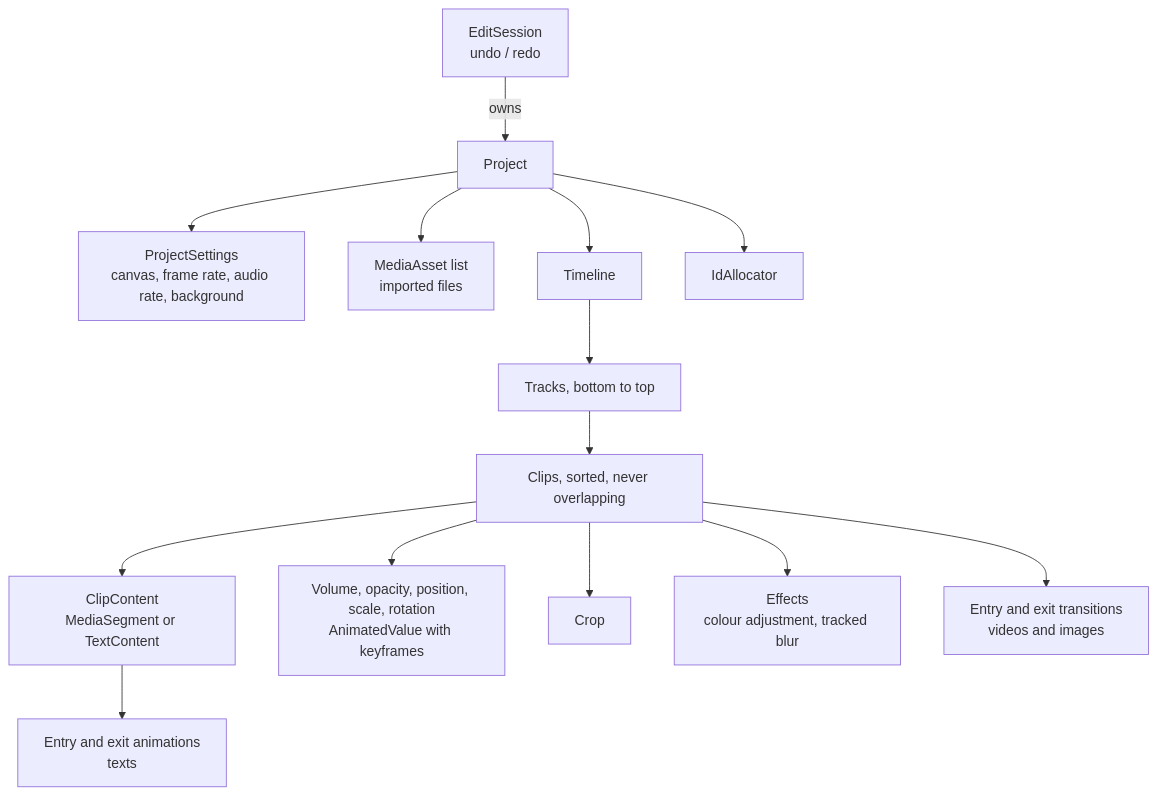
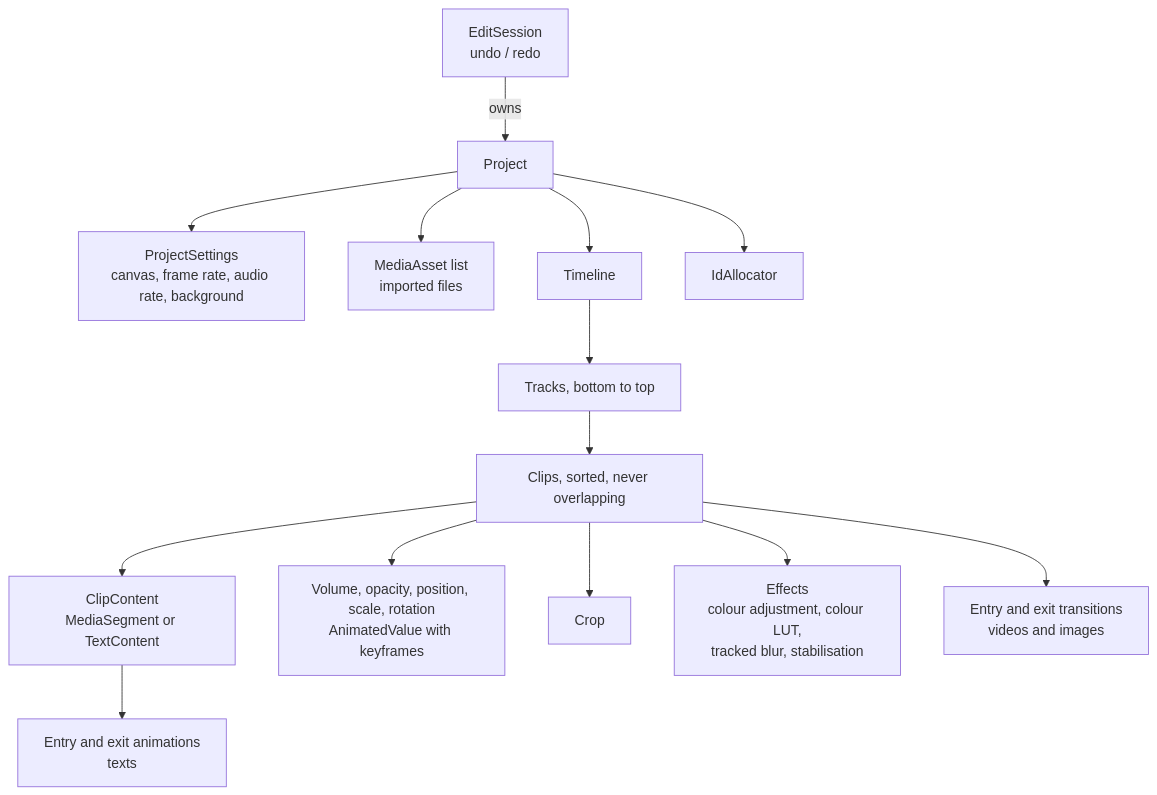
The diagram in docs/data-model.md (noasman971/kadr), drawn with Mermaid before and after one commit. The commit also changed other lines of this file and 20 other files, not shown here.

````diff
--- a/docs/data-model.md
+++ b/docs/data-model.md
@@ -9,16 +9,16 @@
 ```mermaid
 flowchart TD
     session[EditSession<br/>undo / redo] -->|owns| project[Project]
     project --> settings[ProjectSettings<br/>canvas, frame rate, audio rate, background]
     project --> assets[MediaAsset list<br/>imported files]
     project --> timeline[Timeline]
     project --> allocator[IdAllocator]
     timeline --> tracks[Tracks, bottom to top]
     tracks --> clips[Clips, sorted, never overlapping]
     clips --> content[ClipContent<br/>MediaSegment or TextContent]
     clips --> properties[Volume, opacity, position, scale, rotation<br/>AnimatedValue with keyframes]
     clips --> crop[Crop]
-    clips --> effects[Effects<br/>colour adjustment, tracked blur]
+    clips --> effects[Effects<br/>colour adjustment, colour LUT,<br/>tracked blur, stabilisation]
     clips --> transitions[Entry and exit transitions<br/>videos and images]
     content --> animations[Entry and exit animations<br/>texts]
 ```
````
